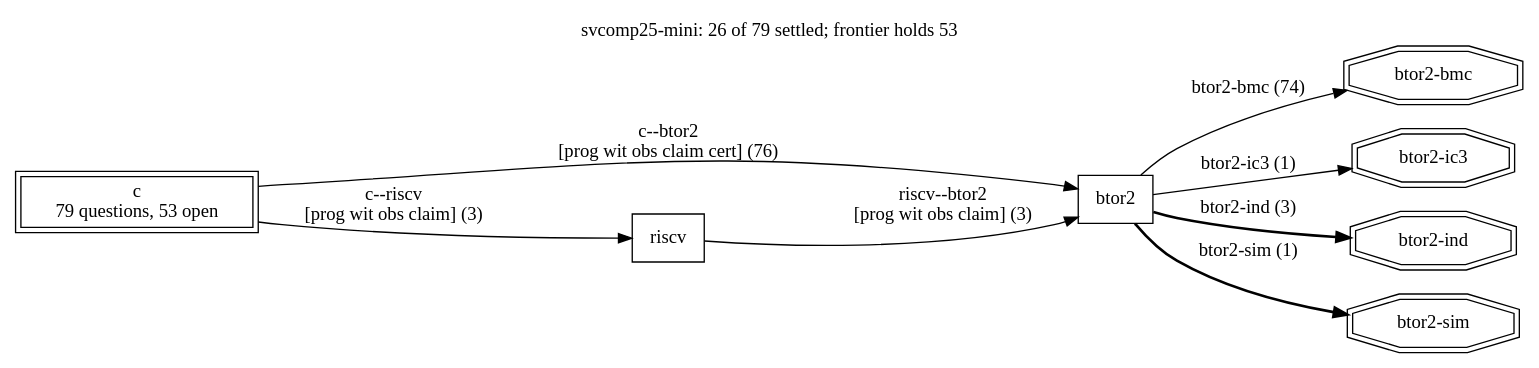
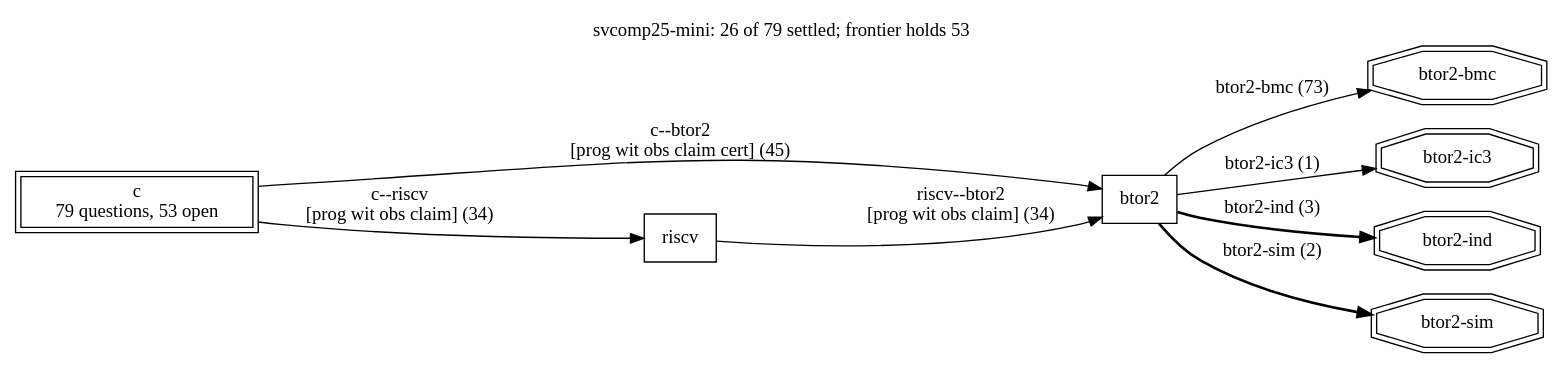
Before and after one commit to cksystemsgroup/hurdy-gurdy: the diagram in runs/svcomp25-mini/frontier.dot, drawn with Graphviz. The commit also changed 75 other files, not shown here.

```diff
--- a/runs/svcomp25-mini/frontier.dot
+++ b/runs/svcomp25-mini/frontier.dot
@@ -1,19 +1,19 @@
 digraph "svcomp25-mini" {
   rankdir=LR; labelloc=t;
   label="svcomp25-mini: 26 of 79 settled; frontier holds 53";
   node [shape=box];
   "btor2";
   "c" [peripheries=2, label="c\n79 questions, 53 open"];
   "riscv";
-  "c" -> "btor2" [style=solid, label="c--btor2\n[prog wit obs claim cert] (76)"];
-  "c" -> "riscv" [style=solid, label="c--riscv\n[prog wit obs claim] (3)"];
-  "riscv" -> "btor2" [style=solid, label="riscv--btor2\n[prog wit obs claim] (3)"];
+  "c" -> "btor2" [style=solid, label="c--btor2\n[prog wit obs claim cert] (45)"];
+  "c" -> "riscv" [style=solid, label="c--riscv\n[prog wit obs claim] (34)"];
+  "riscv" -> "btor2" [style=solid, label="riscv--btor2\n[prog wit obs claim] (34)"];
   "search:btor2-bmc" [shape=doubleoctagon, label="btor2-bmc"];
-  "btor2" -> "search:btor2-bmc" [style=solid, label="btor2-bmc (74)"];
+  "btor2" -> "search:btor2-bmc" [style=solid, label="btor2-bmc (73)"];
   "search:btor2-ic3" [shape=doubleoctagon, label="btor2-ic3"];
   "btor2" -> "search:btor2-ic3" [style=solid, label="btor2-ic3 (1)"];
   "search:btor2-ind" [shape=doubleoctagon, label="btor2-ind"];
   "btor2" -> "search:btor2-ind" [style=bold, label="btor2-ind (3)"];
   "search:btor2-sim" [shape=doubleoctagon, label="btor2-sim"];
-  "btor2" -> "search:btor2-sim" [style=bold, label="btor2-sim (1)"];
+  "btor2" -> "search:btor2-sim" [style=bold, label="btor2-sim (2)"];
 }
```
